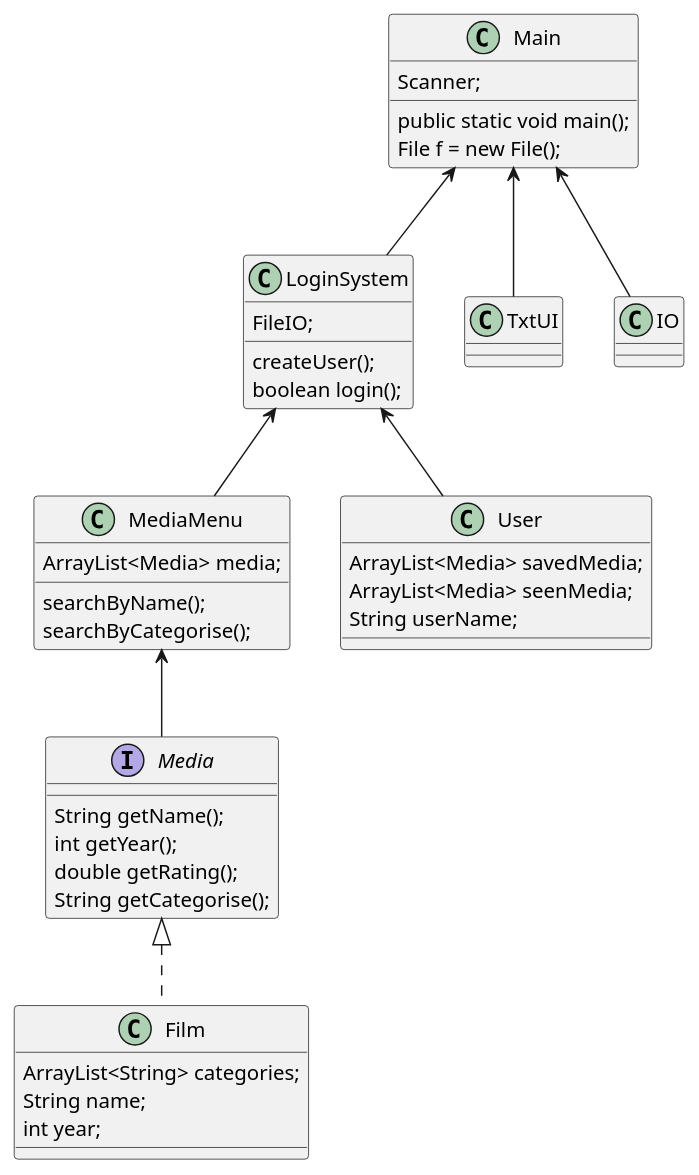
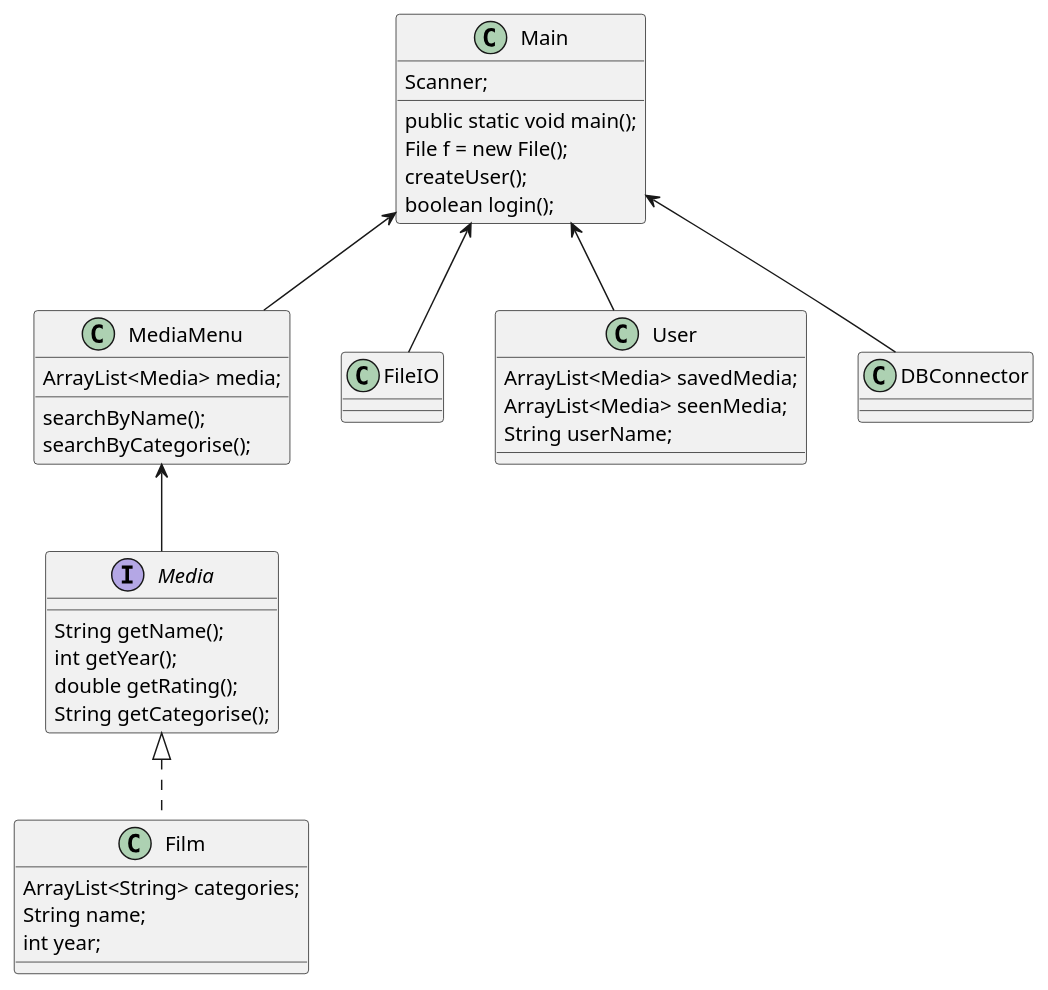
The diagram in src/out/production/untitled/SP3.puml (Yolo-83/SP3_DB), drawn with PlantUML before and after one commit. The commit also changed 5 other files, not shown here.

```diff
--- a/src/out/production/untitled/SP3.puml
+++ b/src/out/production/untitled/SP3.puml
@@ -1,61 +1,48 @@
 @startuml
 'https://plantuml.com/class-diagram
 
 
-Main <-- LoginSystem
+Main <-- MediaMenu
 class Main{
 public static void main();
 Scanner;
 File f = new File();
+createUser();
+boolean login();
 }
-LoginSystem <-- MediaMenu
+Main <-- FileIO
 MediaMenu <-- Media
-LoginSystem <-- User
-Main <-- TxtUI
-Main <-- IO
+Main <-- User
+Main <-- DBConnector
 
 Interface Media{
 String getName();
 int getYear();
 double getRating();
 String getCategorise();
 
 
 }
 
 class Film implements Media{
 ArrayList<String> categories;
 String name;
 int year;
 }
 
 class MediaMenu{
 ArrayList<Media> media;
 searchByName();
 searchByCategorise();
 
 }
 
 class User{
 ArrayList<Media> savedMedia;
 ArrayList<Media> seenMedia;
 String userName;
 }
 
-class IO {
-
-}
-
-class TxtUI{
-
-}
-
-class LoginSystem{
-createUser();
-boolean login();
-FileIO;
-}
-
 
 
 @enduml
```
